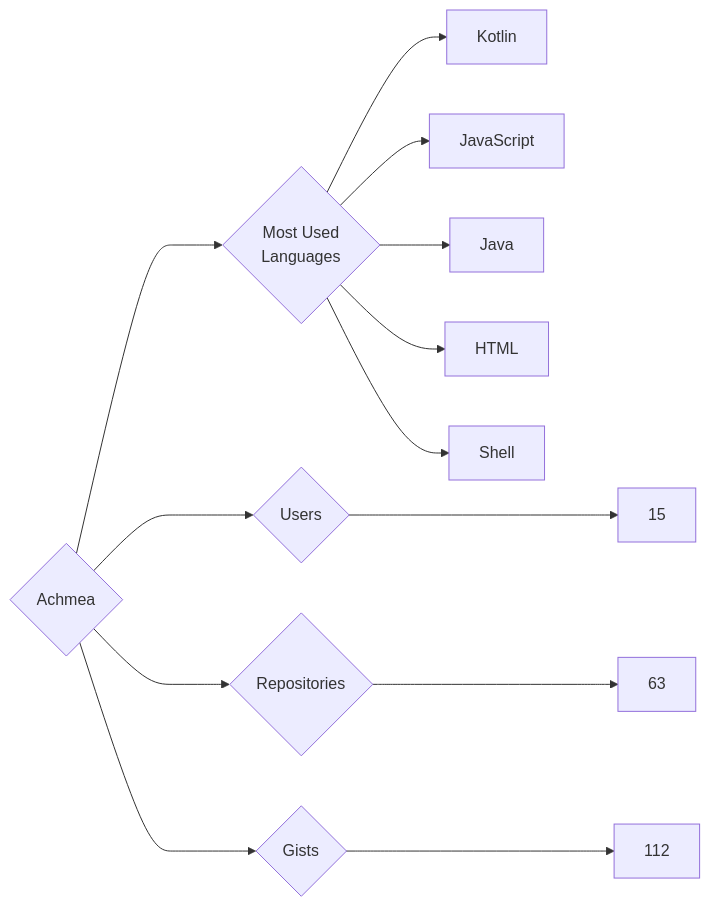
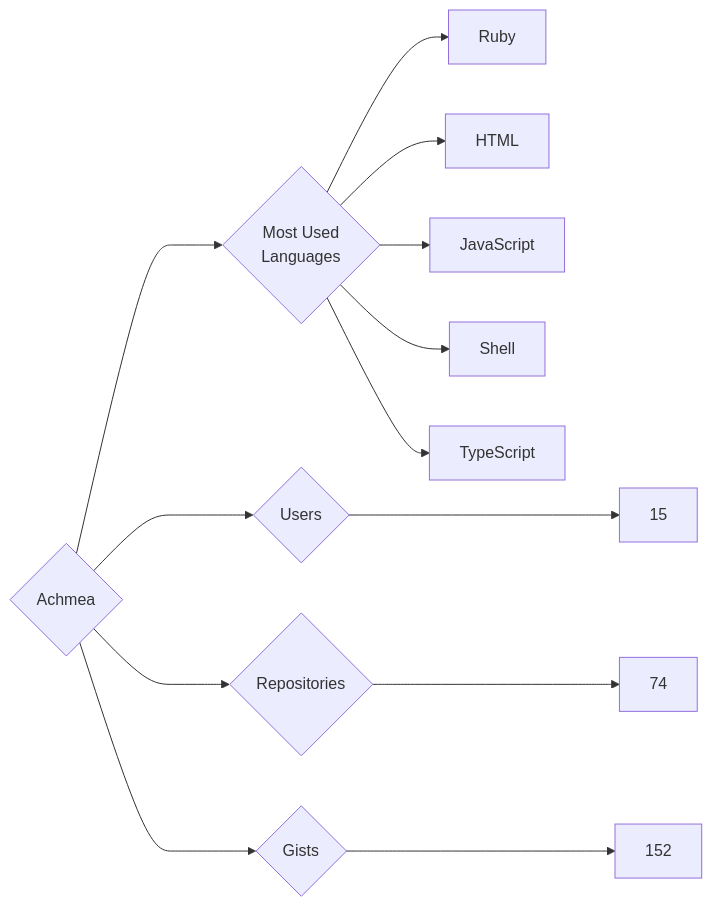
The diagram in targets/Achmea/README.md (trickest/insiders), drawn with Mermaid before and after one commit. The commit also changed 845 other files, not shown here.

````diff
--- a/targets/Achmea/README.md
+++ b/targets/Achmea/README.md
@@ -3,13 +3,13 @@
 ```mermaid
 graph LR
 COMPANY_NAME{Achmea}
 COMPANY_NAME ---> U{Users} ---> UN[15]
-COMPANY_NAME ---> R{Repositories} ---> RN[63]
-COMPANY_NAME ---> G{Gists} ---> GN[112]
+COMPANY_NAME ---> R{Repositories} ---> RN[74]
+COMPANY_NAME ---> G{Gists} ---> GN[152]
 COMPANY_NAME ---> ML{Most Used<br>Languages}
-ML --> Kotlin[Kotlin]
+ML --> Ruby[Ruby]
+ML --> HTML[HTML]
 ML --> JavaScript[JavaScript]
-ML --> Java[Java]
-ML --> HTML[HTML]
 ML --> Shell[Shell]
+ML --> TypeScript[TypeScript]
 ```
````
